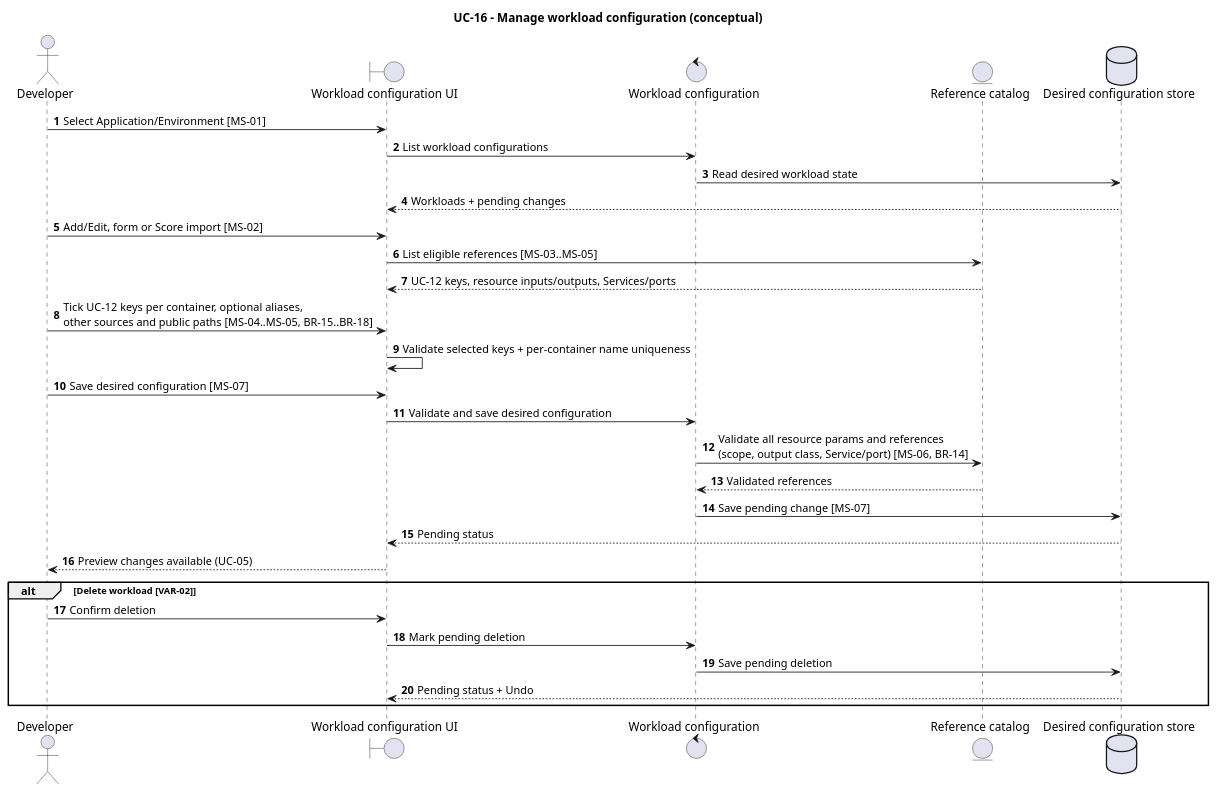
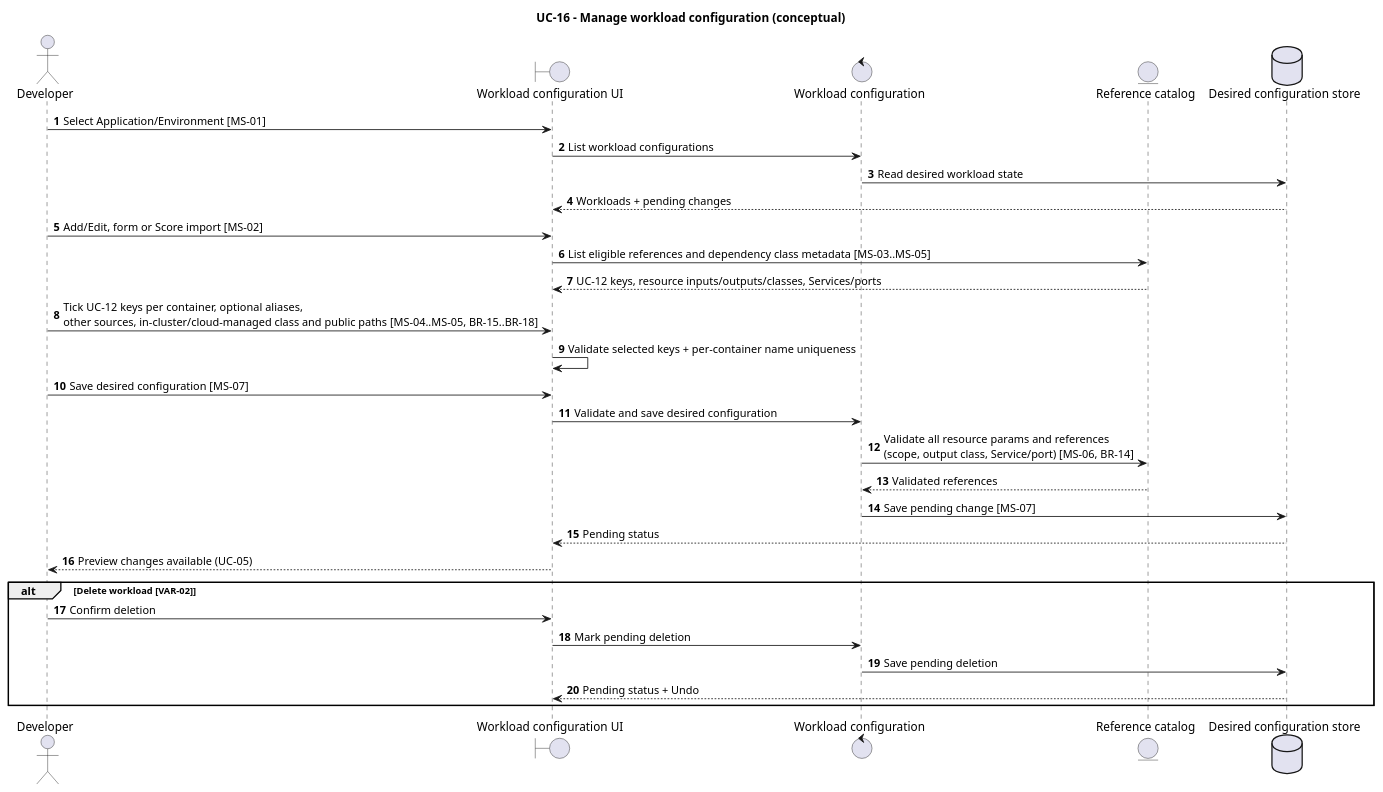
One commit to pr3s3nt/poc changed the diagram in orchestrator_docs/usecase/UC-16/sequence.puml. Above: the diagram before and after it, drawn with PlantUML. The commit also changed 115 other files, not shown here.

```diff
--- a/orchestrator_docs/usecase/UC-16/sequence.puml
+++ b/orchestrator_docs/usecase/UC-16/sequence.puml
@@ -1,33 +1,33 @@
 @startuml
 title UC-16 - Manage workload configuration (conceptual)
 autonumber
 actor Developer as Dev
 boundary "Workload configuration UI" as UI
 control "Workload configuration" as Config
 entity "Reference catalog" as Catalog
 database "Desired configuration store" as Store
 
 Dev -> UI: Select Application/Environment [MS-01]
 UI -> Config: List workload configurations
 Config -> Store: Read desired workload state
 Store --> UI: Workloads + pending changes
 Dev -> UI: Add/Edit, form or Score import [MS-02]
-UI -> Catalog: List eligible references [MS-03..MS-05]
-Catalog --> UI: UC-12 keys, resource inputs/outputs, Services/ports
-Dev -> UI: Tick UC-12 keys per container, optional aliases,\nother sources and public paths [MS-04..MS-05, BR-15..BR-18]
+UI -> Catalog: List eligible references and dependency class metadata [MS-03..MS-05]
+Catalog --> UI: UC-12 keys, resource inputs/outputs/classes, Services/ports
+Dev -> UI: Tick UC-12 keys per container, optional aliases,\nother sources, in-cluster/cloud-managed class and public paths [MS-04..MS-05, BR-15..BR-18]
 UI -> UI: Validate selected keys + per-container name uniqueness
 Dev -> UI: Save desired configuration [MS-07]
 UI -> Config: Validate and save desired configuration
 Config -> Catalog: Validate all resource params and references\n(scope, output class, Service/port) [MS-06, BR-14]
 Catalog --> Config: Validated references
 Config -> Store: Save pending change [MS-07]
 Store --> UI: Pending status
 UI --> Dev: Preview changes available (UC-05)
 
 alt Delete workload [VAR-02]
   Dev -> UI: Confirm deletion
   UI -> Config: Mark pending deletion
   Config -> Store: Save pending deletion
   Store --> UI: Pending status + Undo
 end
 @enduml
```
